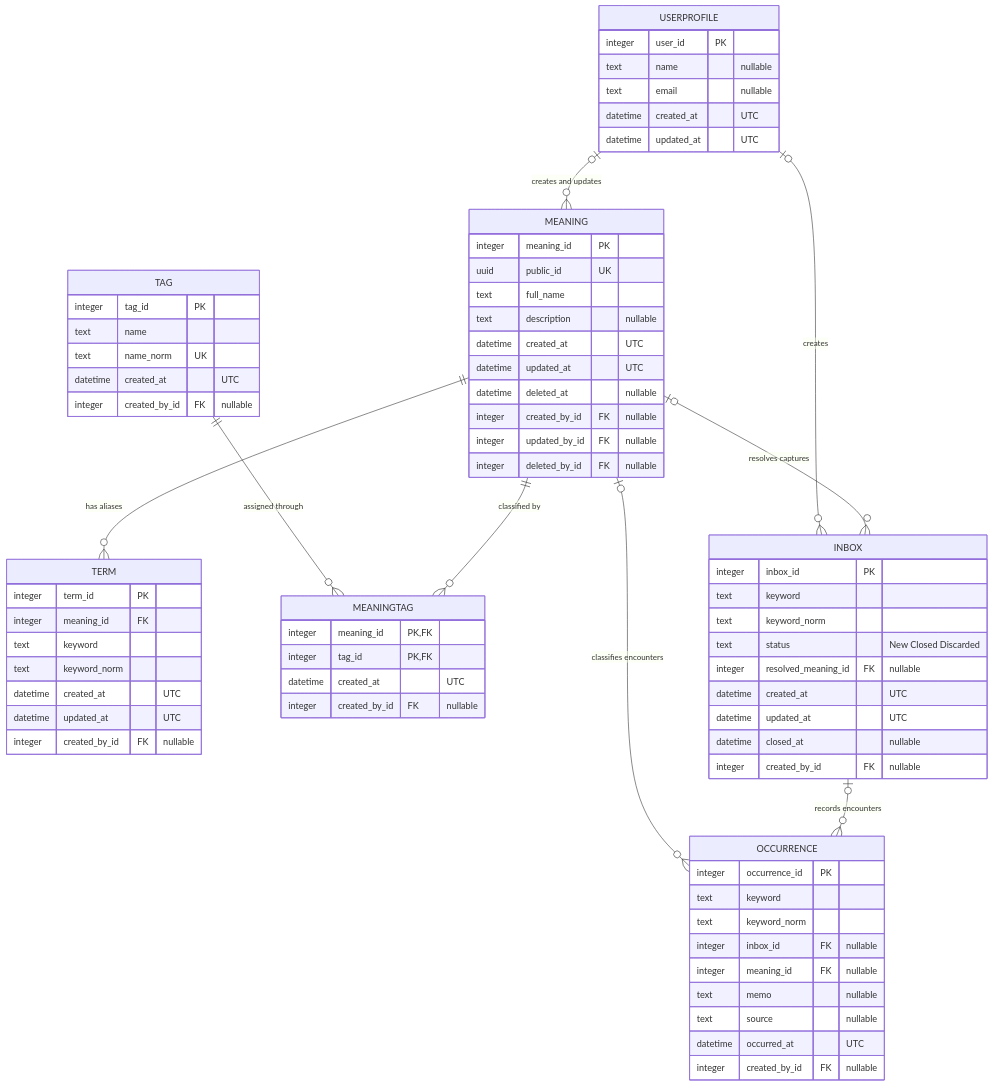
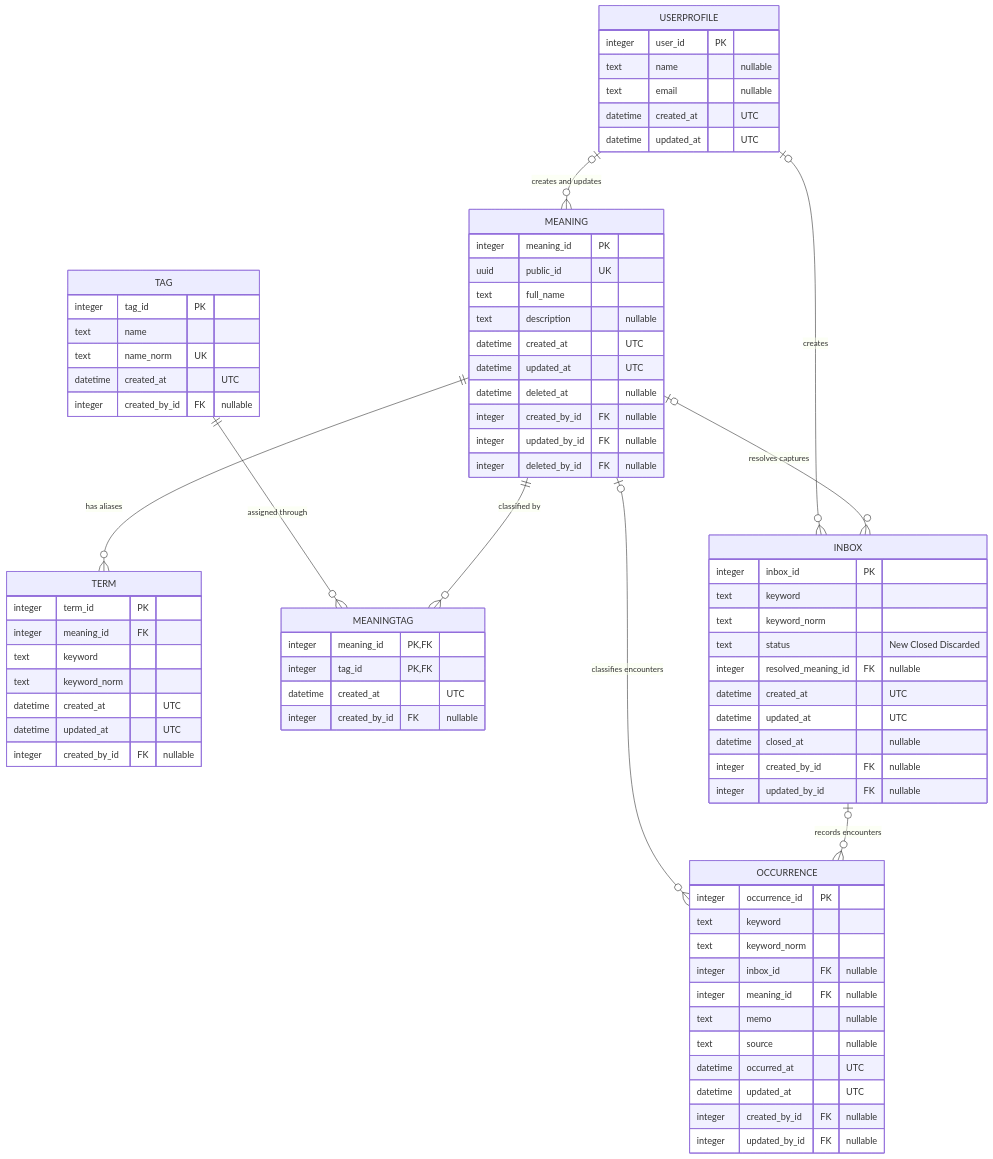
Before and after one commit to niikei/TermKeeper: the first of 2 diagrams in docs/003_domain_model.md, drawn with Mermaid. The commit also changed other lines of this file and 20 other files, not shown here.

````diff
--- a/docs/003_domain_model.md
+++ b/docs/003_domain_model.md
@@ -79,6 +79,7 @@
         datetime updated_at "UTC"
         datetime closed_at "nullable"
         integer created_by_id FK "nullable"
+        integer updated_by_id FK "nullable"
     }
 
     OCCURRENCE {
@@ -90,6 +91,8 @@
         text memo "nullable"
         text source "nullable"
         datetime occurred_at "UTC"
+        datetime updated_at "UTC"
         integer created_by_id FK "nullable"
+        integer updated_by_id FK "nullable"
     }
 ```
````
